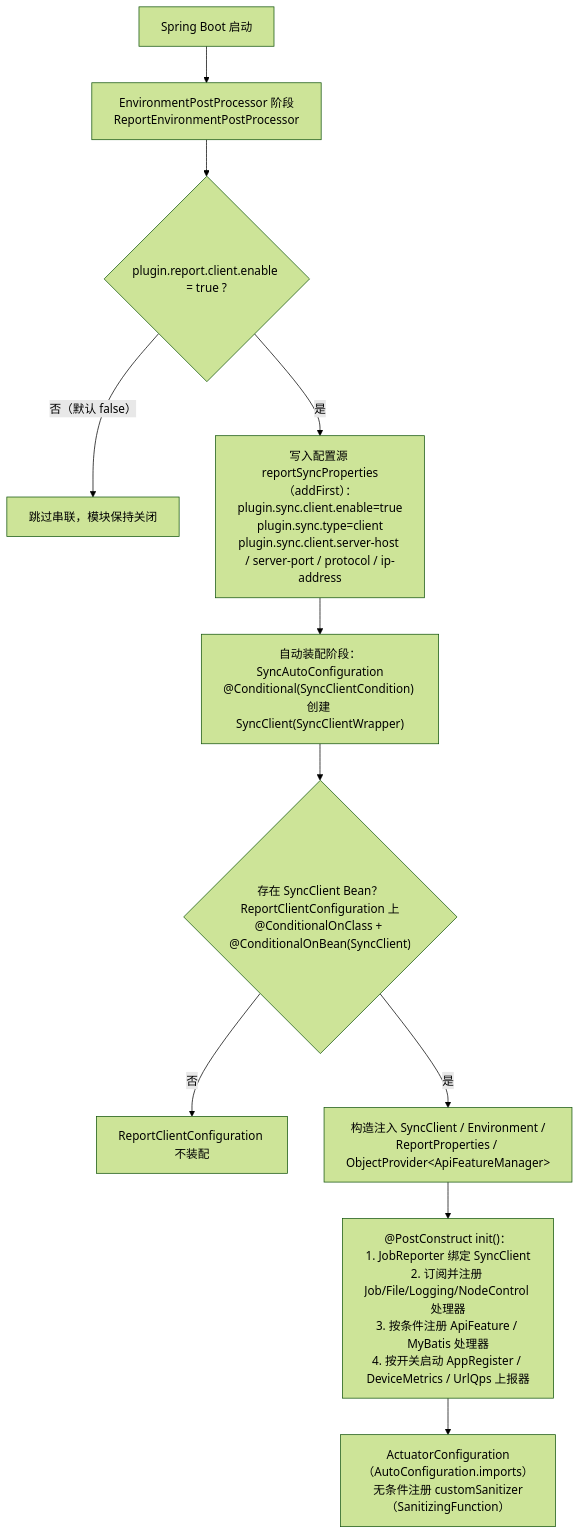
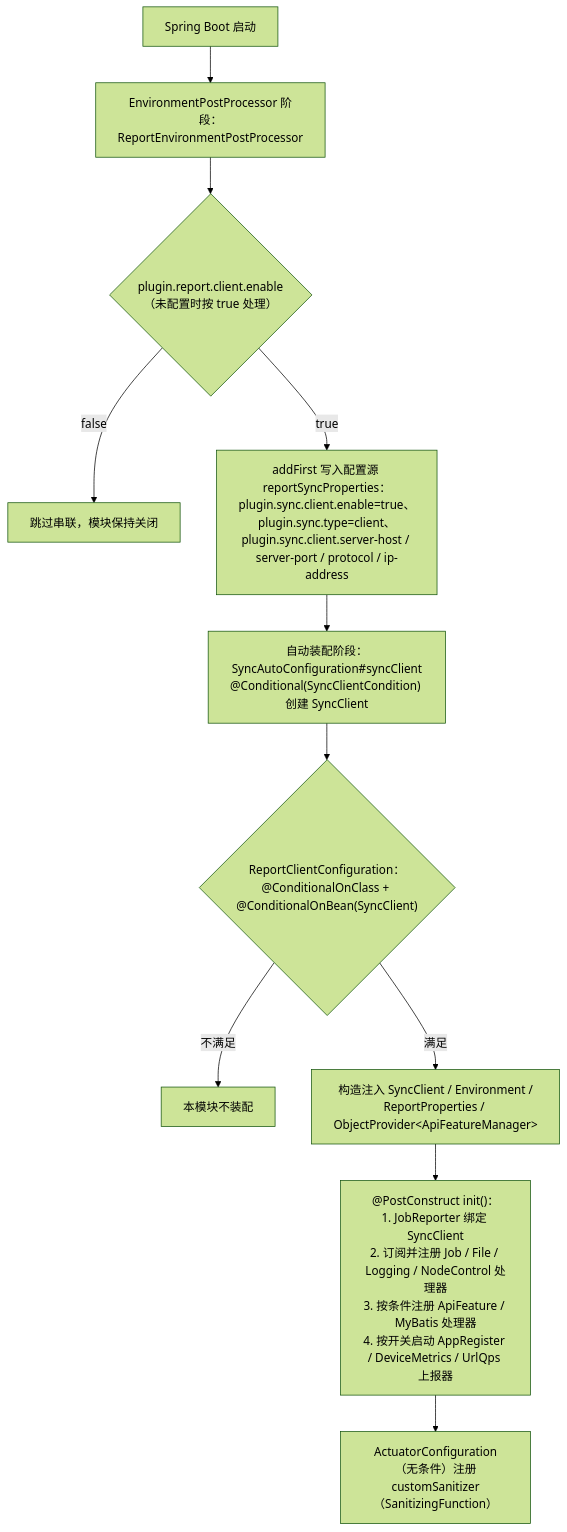
One commit to CHTK001/spring-support-parent-starter changed the second of 2 diagrams in spring-support-report-client-starter/README.md. Above: the diagram before and after it, drawn with Mermaid (forest theme). The commit also changed other lines of this file and 54 other files, not shown here.

````diff
--- a/spring-support-report-client-starter/README.md
+++ b/spring-support-report-client-starter/README.md
@@ -93,13 +57,13 @@
 ```mermaid
 flowchart TD
-    A["Spring Boot 启动"] --> B["EnvironmentPostProcessor 阶段<br/>ReportEnvironmentPostProcessor"]
-    B --> C{"plugin.report.client.enable = true ?"}
-    C -->|"否（默认 false）"| D["跳过串联，模块保持关闭"]
-    C -->|"是"| E["写入配置源 reportSyncProperties（addFirst）：<br/>plugin.sync.client.enable=true<br/>plugin.sync.type=client<br/>plugin.sync.client.server-host / server-port / protocol / ip-address"]
-    E --> F["自动装配阶段：SyncAutoConfiguration<br/>@Conditional(SyncClientCondition) 创建 SyncClient(SyncClientWrapper)"]
-    F --> G{"存在 SyncClient Bean？<br/>ReportClientConfiguration 上<br/>@ConditionalOnClass + @ConditionalOnBean(SyncClient)"}
-    G -->|"否"| H["ReportClientConfiguration 不装配"]
-    G -->|"是"| I["构造注入 SyncClient / Environment /<br/>ReportProperties / ObjectProvider&lt;ApiFeatureManager&gt;"]
-    I --> J["@PostConstruct init()：<br/>1. JobReporter 绑定 SyncClient<br/>2. 订阅并注册 Job/File/Logging/NodeControl 处理器<br/>3. 按条件注册 ApiFeature / MyBatis 处理器<br/>4. 按开关启动 AppRegister / DeviceMetrics / UrlQps 上报器"]
-    J --> K["ActuatorConfiguration（AutoConfiguration.imports）<br/>无条件注册 customSanitizer（SanitizingFunction）"]
+    A["Spring Boot 启动"] --> B["EnvironmentPostProcessor 阶段：<br/>ReportEnvironmentPostProcessor"]
+    B --> C{"plugin.report.client.enable<br/>（未配置时按 true 处理）"}
+    C -->|"false"| D["跳过串联，模块保持关闭"]
+    C -->|"true"| E["addFirst 写入配置源 reportSyncProperties：<br/>plugin.sync.client.enable=true、plugin.sync.type=client、<br/>plugin.sync.client.server-host / server-port / protocol / ip-address"]
+    E --> F["自动装配阶段：SyncAutoConfiguration#syncClient<br/>@Conditional(SyncClientCondition) 创建 SyncClient"]
+    F --> G{"ReportClientConfiguration：<br/>@ConditionalOnClass + @ConditionalOnBean(SyncClient)"}
+    G -->|"不满足"| H["本模块不装配"]
+    G -->|"满足"| I["构造注入 SyncClient / Environment /<br/>ReportProperties / ObjectProvider&lt;ApiFeatureManager&gt;"]
+    I --> J["@PostConstruct init()：<br/>1. JobReporter 绑定 SyncClient<br/>2. 订阅并注册 Job / File / Logging / NodeControl 处理器<br/>3. 按条件注册 ApiFeature / MyBatis 处理器<br/>4. 按开关启动 AppRegister / DeviceMetrics / UrlQps 上报器"]
+    J --> K["ActuatorConfiguration（无条件）注册<br/>customSanitizer（SanitizingFunction）"]
 ```
````
